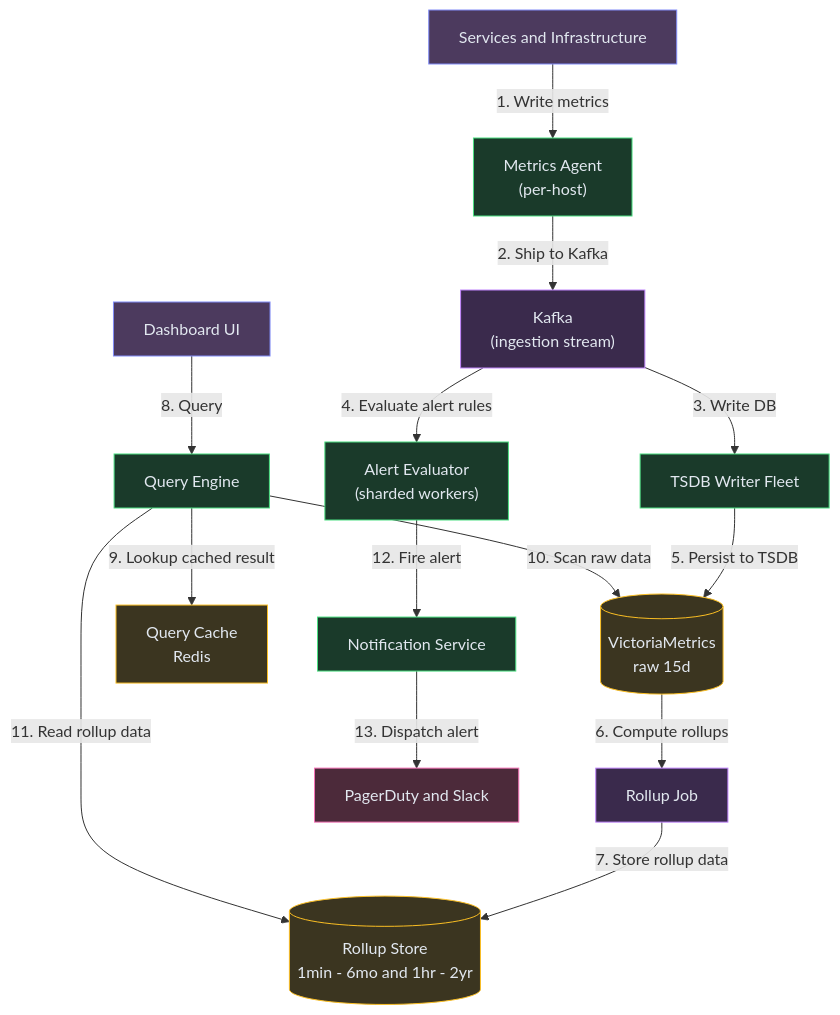
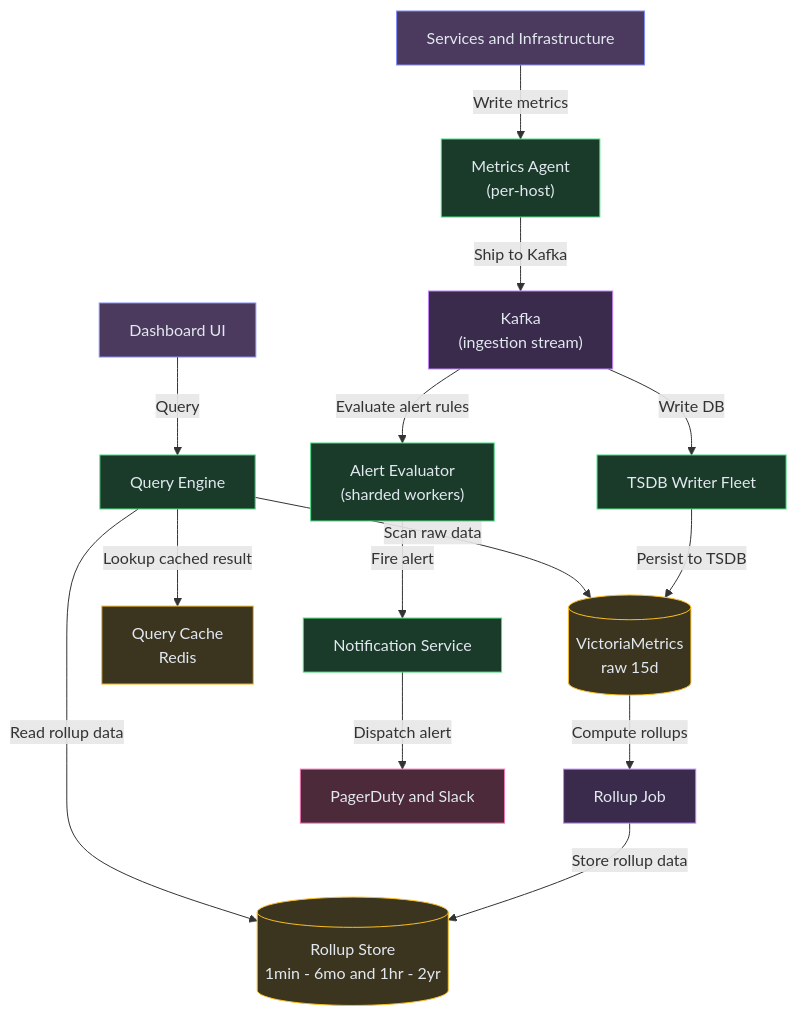
Before and after one commit to iluzn/HLD-Designs: the seventh of 7 diagrams in content/hld/MetricsMonitoring.md, drawn with Mermaid. The commit also changed 26 other files, not shown here.

First line of the commit message:
fix(hld): Remove confusing number prefixes from final architecture diagrams

````diff
--- a/content/hld/MetricsMonitoring.md
+++ b/content/hld/MetricsMonitoring.md
@@ -443,37 +443,37 @@
 ```mermaid
 flowchart TD
     APPS["Services and Infrastructure"]:::client
     AGENT["Metrics Agent<br/>(per-host)"]:::service
     KAFKA["Kafka<br/>(ingestion stream)"]:::async
     WRITER["TSDB Writer Fleet"]:::service
     TSDB[("VictoriaMetrics<br/>raw 15d")]:::data
     ROLLUP[("Rollup Store<br/>1min - 6mo and 1hr - 2yr")]:::data
     ROLLUPJOB["Rollup Job"]:::async
     QENG["Query Engine"]:::service
     QCACHE["Query Cache<br/>Redis"]:::data
     DASH["Dashboard UI"]:::client
     ALERT["Alert Evaluator<br/>(sharded workers)"]:::service
     NOTIFY["Notification Service"]:::service
     PD["PagerDuty and Slack"]:::external
 
-    APPS -->|"1. Write metrics"| AGENT
-    AGENT -->|"2. Ship to Kafka"| KAFKA
-    KAFKA -->|"3. Write DB"| WRITER
-    KAFKA -->|"4. Evaluate alert rules"| ALERT
-    WRITER -->|"5. Persist to TSDB"| TSDB
-    TSDB -->|"6. Compute rollups"| ROLLUPJOB
-    ROLLUPJOB -->|"7. Store rollup data"| ROLLUP
-    DASH -->|"8. Query"| QENG
-    QENG -->|"9. Lookup cached result"| QCACHE
-    QENG -->|"10. Scan raw data"| TSDB
-    QENG -->|"11. Read rollup data"| ROLLUP
-    ALERT -->|"12. Fire alert"| NOTIFY
-    NOTIFY -->|"13. Dispatch alert"| PD
+    APPS -->|"Write metrics"| AGENT
+    AGENT -->|"Ship to Kafka"| KAFKA
+    KAFKA -->|"Write DB"| WRITER
+    KAFKA -->|"Evaluate alert rules"| ALERT
+    WRITER -->|"Persist to TSDB"| TSDB
+    TSDB -->|"Compute rollups"| ROLLUPJOB
+    ROLLUPJOB -->|"Store rollup data"| ROLLUP
+    DASH -->|"Query"| QENG
+    QENG -->|"Lookup cached result"| QCACHE
+    QENG -->|"Scan raw data"| TSDB
+    QENG -->|"Read rollup data"| ROLLUP
+    ALERT -->|"Fire alert"| NOTIFY
+    NOTIFY -->|"Dispatch alert"| PD
 
     classDef client fill:#4c3a5e,stroke:#818cf8,color:#e2e8f0
     classDef edge fill:#1e3a5f,stroke:#38bdf8,color:#e2e8f0
     classDef service fill:#1a3a2a,stroke:#4ade80,color:#e2e8f0
     classDef data fill:#3b3520,stroke:#fbbf24,color:#e2e8f0
     classDef async fill:#3a2a4c,stroke:#c084fc,color:#e2e8f0
     classDef external fill:#4c2a3a,stroke:#f472b6,color:#e2e8f0
 ```
````
